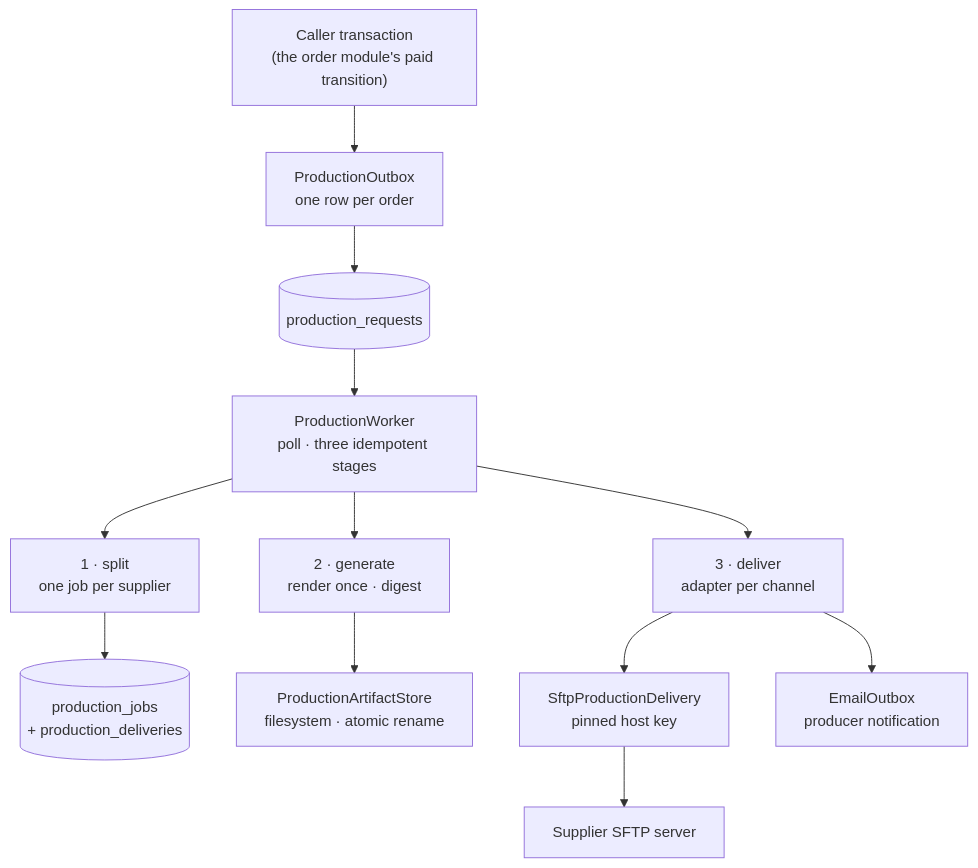
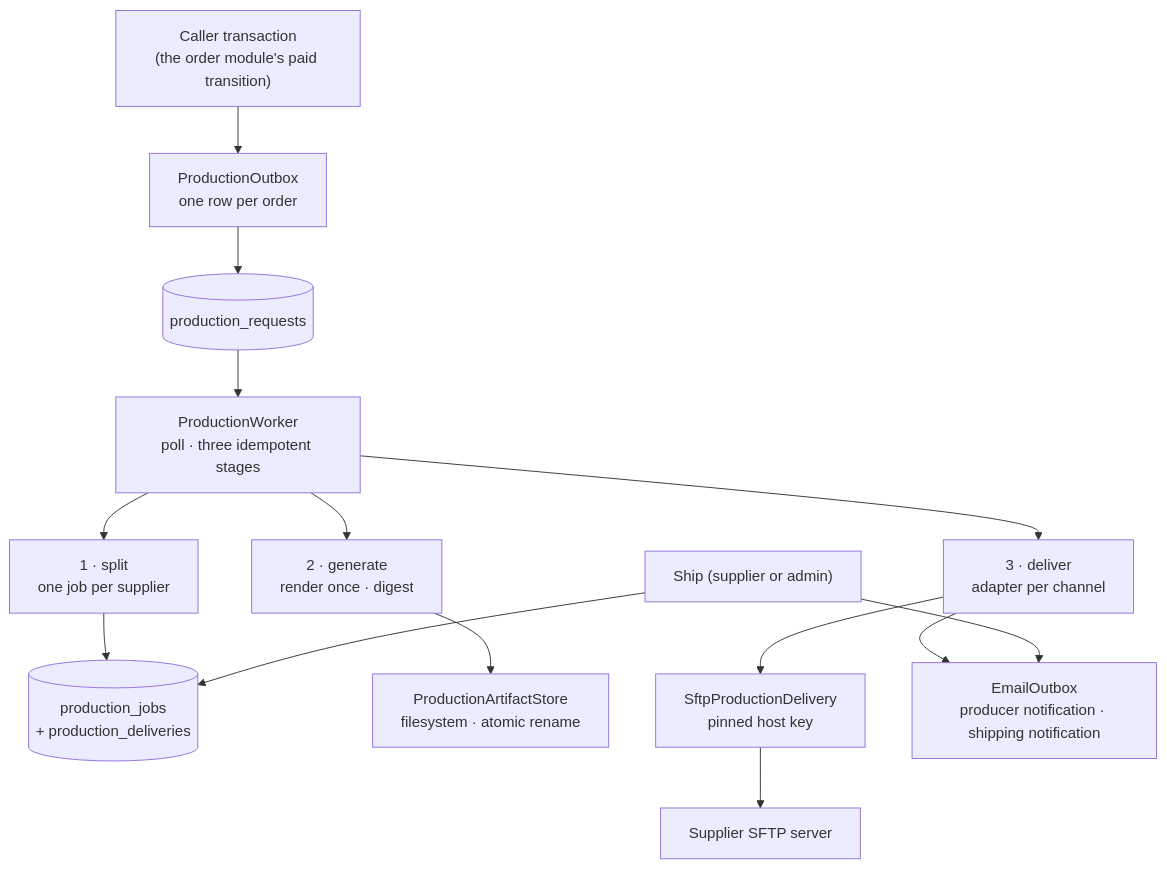
Before and after one commit to bitstorm-tech/voenix-shop-kotlin: the first of 2 diagrams in docs/dev/backend/production-package.md, drawn with Mermaid. The commit also changed other lines of this file and 26 other files, not shown here.

````diff
--- a/docs/dev/backend/production-package.md
+++ b/docs/dev/backend/production-package.md
@@ -50,21 +50,24 @@
 ```mermaid
 flowchart TB
     Caller["Caller transaction<br/>(the order module's paid transition)"]
     Outbox["ProductionOutbox<br/>one row per order"]
     Requests[("production_requests")]
     Worker["ProductionWorker<br/>poll · three idempotent stages"]
     Split["1 · split<br/>one job per supplier"]
     Jobs[("production_jobs<br/>+ production_deliveries")]
     Generate["2 · generate<br/>render once · digest"]
     Store["ProductionArtifactStore<br/>filesystem · atomic rename"]
     Deliver["3 · deliver<br/>adapter per channel"]
     Sftp["SftpProductionDelivery<br/>pinned host key"]
     Server["Supplier SFTP server"]
-    Email["EmailOutbox<br/>producer notification"]
+    Email["EmailOutbox<br/>producer notification · shipping notification"]
+    Ship["Ship (supplier or admin)"]
 
     Caller --> Outbox --> Requests --> Worker
     Worker --> Split --> Jobs
     Worker --> Generate --> Store
     Worker --> Deliver --> Sftp --> Server
     Deliver --> Email
+    Ship --> Jobs
+    Ship --> Email
 ```
````
